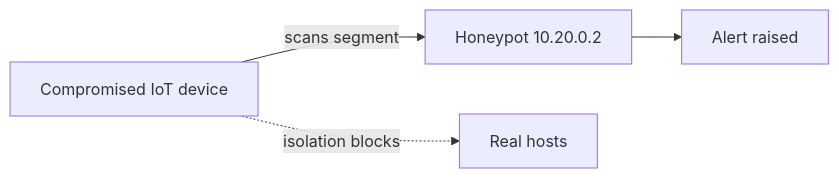
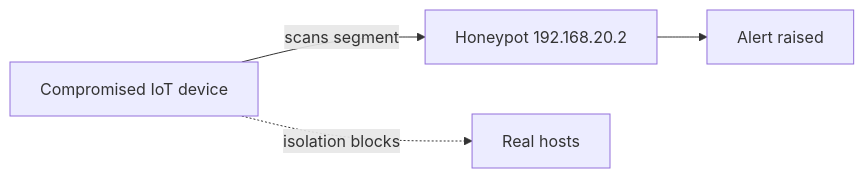
One commit to Duresa7/Labs changed the first of 2 diagrams in projects/03-threat-management/README.md. Above: the diagram before and after it, drawn with Mermaid. The commit also changed other lines of this file and 20 other files, not shown here.

````diff
--- a/projects/03-threat-management/README.md
+++ b/projects/03-threat-management/README.md
@@ -46,11 +46,11 @@
 ```mermaid
 flowchart LR
     ATT["Compromised IoT device"]
-    HP["Honeypot 10.20.0.2"]
+    HP["Honeypot 192.168.20.2"]
     REAL["Real hosts"]
     ALERT["Alert raised"]
 
     ATT -->|"scans segment"| HP
     HP --> ALERT
     ATT -.->|isolation blocks| REAL
 ```
````
